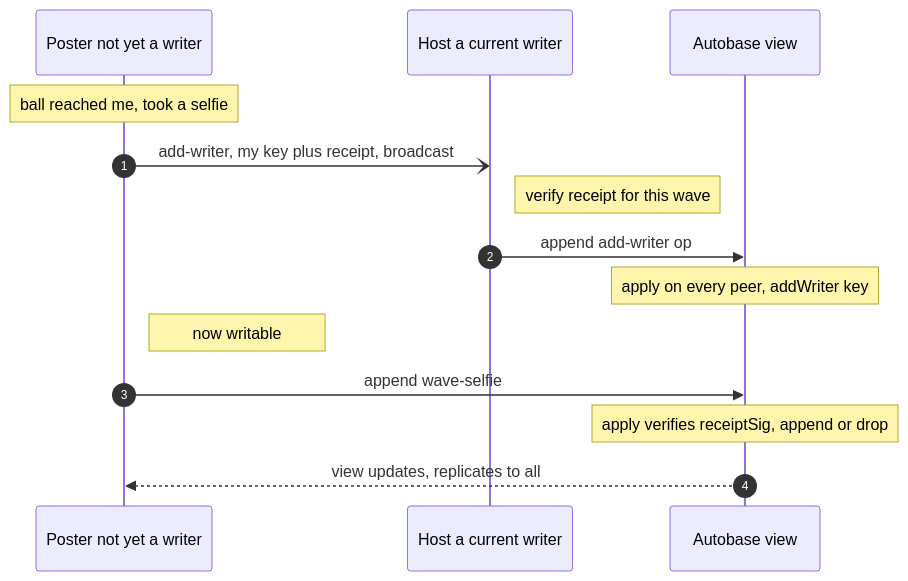
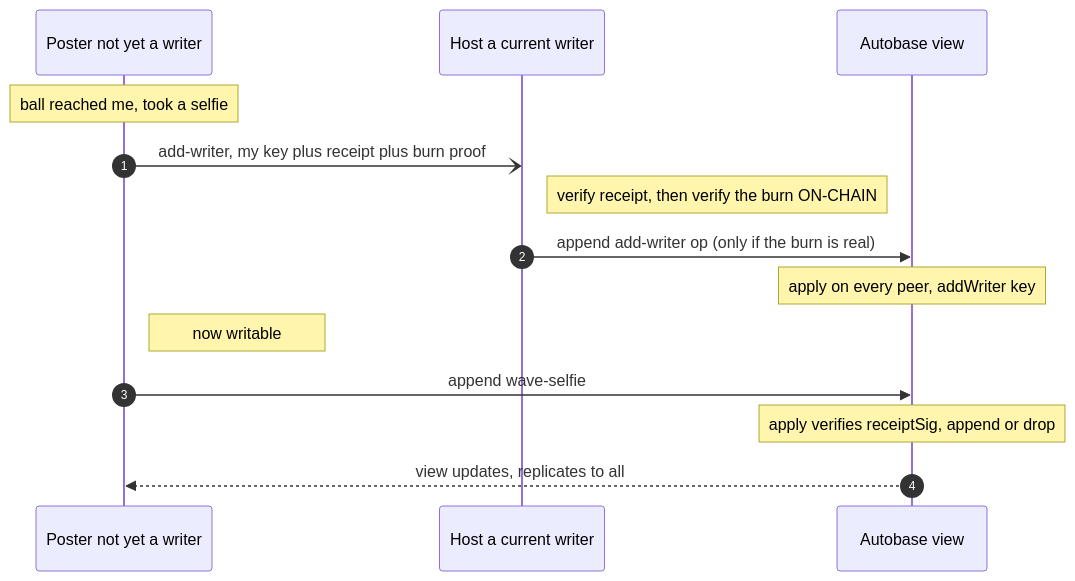
Before and after one commit to mnaamani/hyper-wave: the seventh of 7 diagrams in docs/protocol.md, drawn with Mermaid. The commit also changed other lines of this file and 6 other files, not shown here.

````diff
--- a/docs/protocol.md
+++ b/docs/protocol.md
@@ -524,16 +531,16 @@
 ```mermaid
 sequenceDiagram
   autonumber
   participant P as Poster not yet a writer
   participant H as Host a current writer
   participant AB as Autobase view
   Note over P: ball reached me, took a selfie
-  P-)H: add-writer, my key plus receipt, broadcast
-  Note right of H: verify receipt for this wave
-  H->>AB: append add-writer op
+  P-)H: add-writer, my key plus receipt plus burn proof
+  Note right of H: verify receipt, then verify the burn ON-CHAIN
+  H->>AB: append add-writer op (only if the burn is real)
   Note over AB: apply on every peer, addWriter key
   Note right of P: now writable
   P->>AB: append wave-selfie
   Note over AB: apply verifies receiptSig, append or drop
   AB-->>P: view updates, replicates to all
 ```
````
